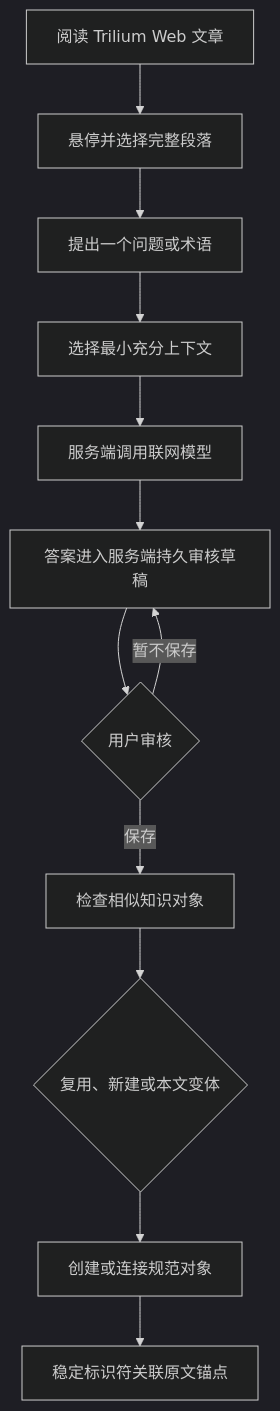
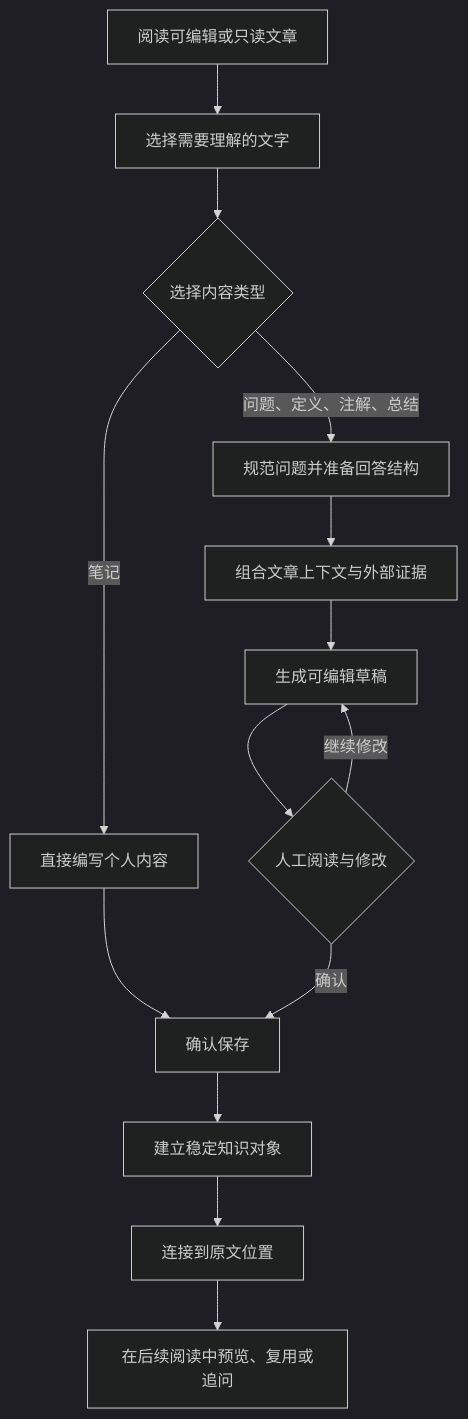
One commit to AIALRA-0/ReadWeave changed the diagram in README.md. Above: the diagram before and after it, drawn with Mermaid (dark theme). The commit also changed other lines of this file and 58 other files, not shown here.

````diff
--- a/README.md
+++ b/README.md
@@ -49,15 +60,17 @@
 ```mermaid
-%% 从主动选择段落到审核后保存的用户闭环
+%% 展示从原文选择到知识复用的用户闭环
 flowchart TB
-    Read[阅读 Trilium Web 文章] --> Select[悬停并选择完整段落]
-    Select --> Ask[提出一个问题或术语]
-    Ask --> Context[选择最小充分上下文]
-    Context --> Provider[服务端调用联网模型]
-    Provider --> Draft[答案进入服务端持久审核草稿]
-    Draft --> Review{用户审核}
-    Review -->|保存| Candidate[检查相似知识对象]
-    Candidate --> Choice{复用、新建或本文变体}
-    Choice --> Object[创建或连接规范对象]
-    Object --> Anchor[稳定标识符关联原文锚点]
-    Review -->|暂不保存| Draft
+    Read[阅读可编辑或只读文章] --> Select[选择需要理解的文字]
+    Select --> Type{选择内容类型}
+    Type -->|问题、定义、注解、总结| Plan[规范问题并准备回答结构]
+    Type -->|笔记| Manual[直接编写个人内容]
+    Plan --> Evidence[组合文章上下文与外部证据]
+    Evidence --> Draft[生成可编辑草稿]
+    Draft --> Review{人工阅读与修改}
+    Manual --> Save[确认保存]
+    Review -->|继续修改| Draft
+    Review -->|确认| Save
+    Save --> Object[建立稳定知识对象]
+    Object --> Anchor[连接到原文位置]
+    Anchor --> Reuse[在后续阅读中预览、复用或追问]
 ```
````
